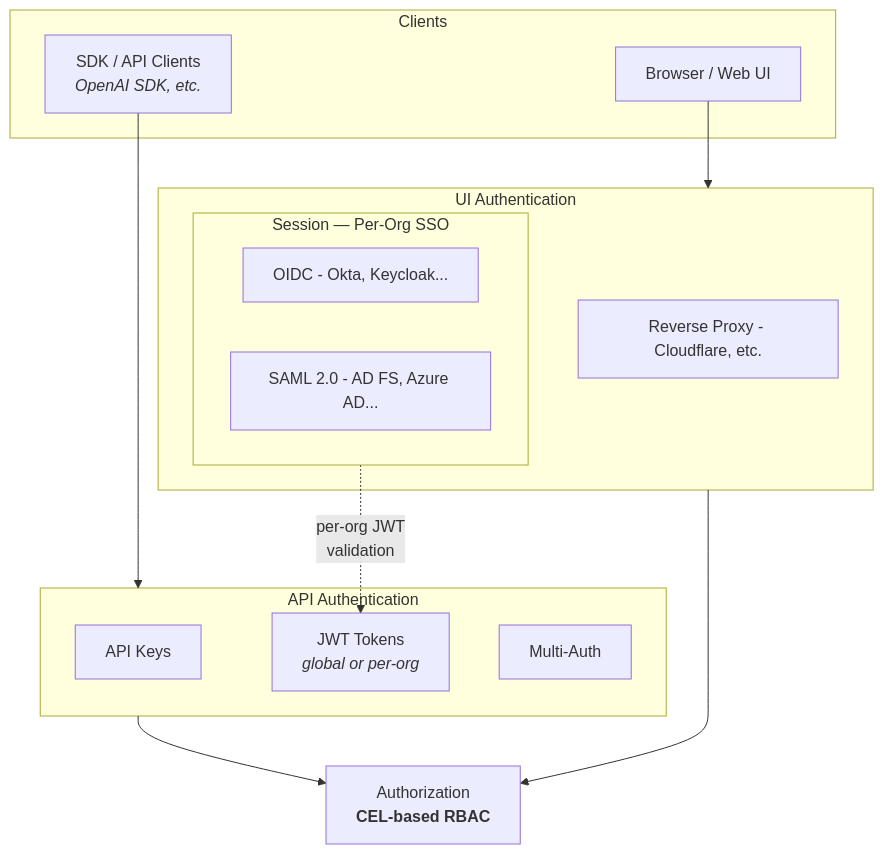
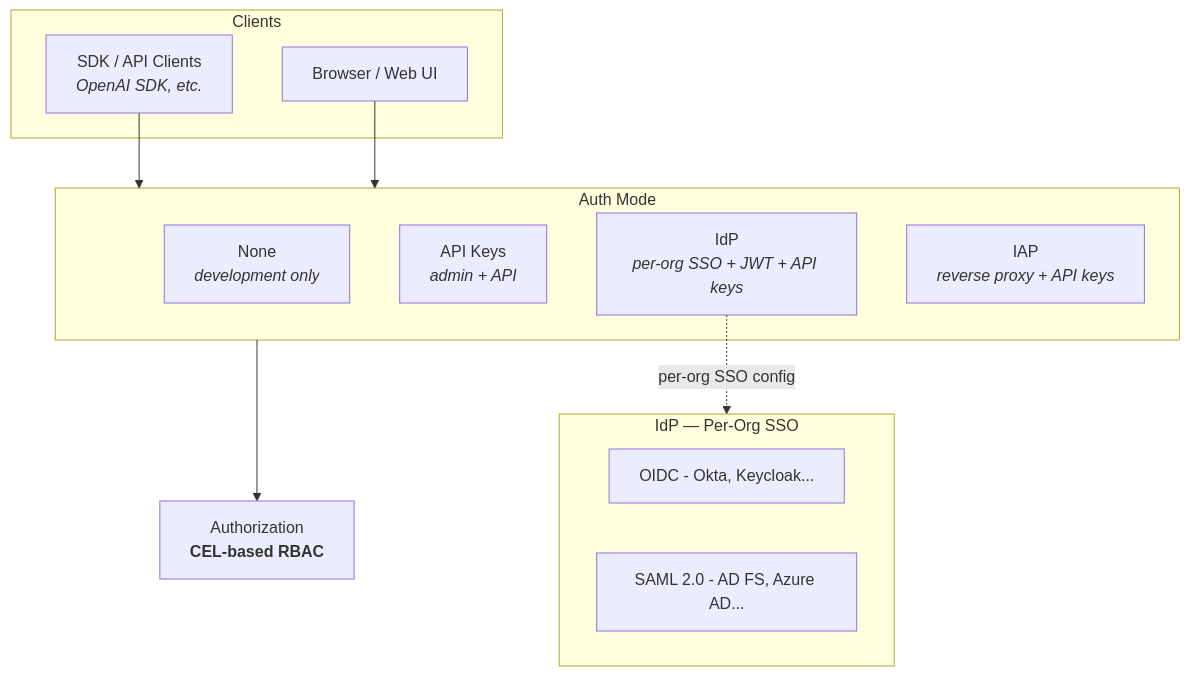
Before and after one commit to ScriptSmith/hadrian: the diagram in docs/content/docs/authentication.mdx, drawn with Mermaid. The commit also changed other lines of this file and 55 other files, not shown here.

````diff
--- a/docs/content/docs/authentication.mdx
+++ b/docs/content/docs/authentication.mdx
@@ -232,30 +134,27 @@
 ```mermaid
 flowchart TD
     subgraph Clients
         SDK[SDK / API Clients<br/><i>OpenAI SDK, etc.</i>]
         Browser[Browser / Web UI]
     end
 
-    subgraph API_Auth["API Authentication"]
-        A1[API Keys]
-        A2[JWT Tokens<br/><i>global or per-org</i>]
-        A3[Multi-Auth]
+    subgraph Auth_Mode["Auth Mode"]
+        NONE[None<br/><i>development only</i>]
+        APIKEY[API Keys<br/><i>admin + API</i>]
+        IDP[IdP<br/><i>per-org SSO + JWT + API keys</i>]
+        IAP[IAP<br/><i>reverse proxy + API keys</i>]
     end
 
-    subgraph UI_Auth["UI Authentication"]
-        U2[Reverse Proxy - Cloudflare, etc.]
-        subgraph U3["Session — Per-Org SSO"]
-            U1[OIDC - Okta, Keycloak...]
-            U4[SAML 2.0 - AD FS, Azure AD...]
-        end
+    subgraph IDP_Detail["IdP — Per-Org SSO"]
+        OIDC[OIDC - Okta, Keycloak...]
+        SAML[SAML 2.0 - AD FS, Azure AD...]
     end
 
     AuthZ[Authorization<br/><b>CEL-based RBAC</b>]
 
-    SDK --> API_Auth
-    Browser --> UI_Auth
-    API_Auth --> AuthZ
-    UI_Auth --> AuthZ
-    U3 -.->|per-org JWT<br/>validation| A2
+    SDK --> Auth_Mode
+    Browser --> Auth_Mode
+    Auth_Mode --> AuthZ
+    IDP -.->|per-org SSO config| IDP_Detail
 
 ```
````
